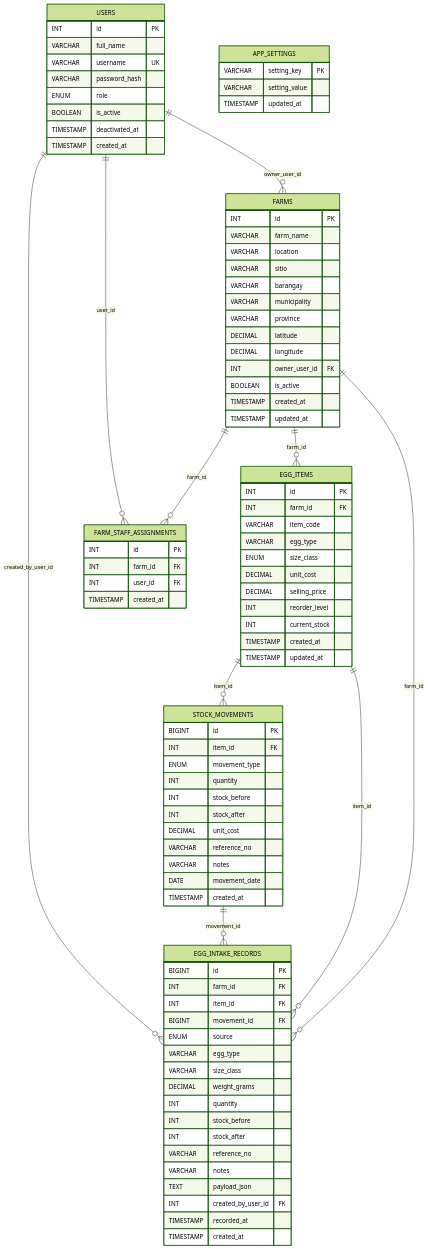
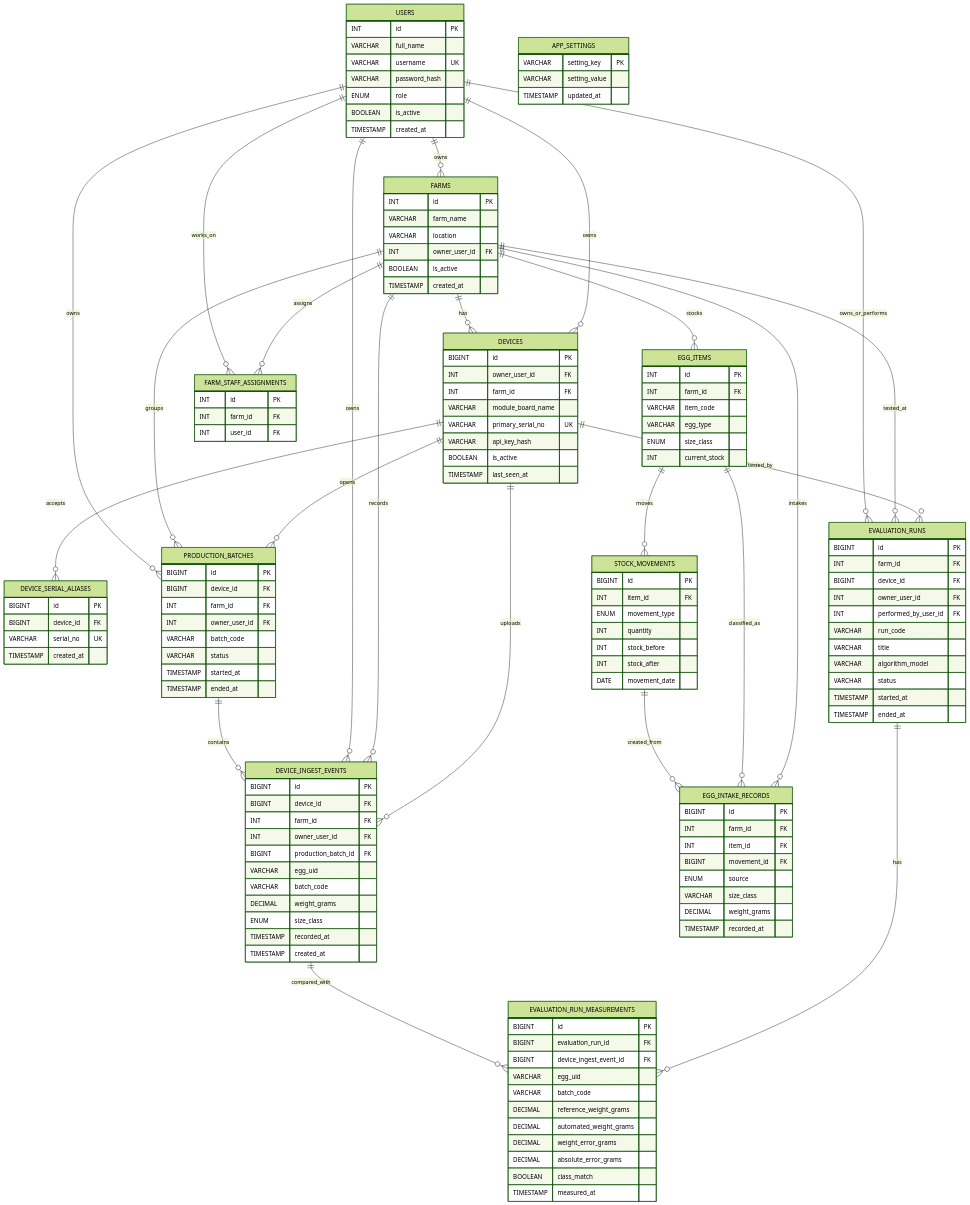
Before and after one commit to BBQ25/egg1.3: the diagram in docs/database/egg_monitoring_erd.md, drawn with Mermaid (forest theme). The commit also changed other lines of this file and 30 other files, not shown here.

````diff
--- a/docs/database/egg_monitoring_erd.md
+++ b/docs/database/egg_monitoring_erd.md
@@ -11,7 +11,6 @@
         VARCHAR password_hash
         ENUM role
         BOOLEAN is_active
-        TIMESTAMP deactivated_at
         TIMESTAMP created_at
     }
 
@@ -19,16 +18,80 @@
         INT id PK
         VARCHAR farm_name
         VARCHAR location
-        VARCHAR sitio
-        VARCHAR barangay
-        VARCHAR municipality
-        VARCHAR province
-        DECIMAL latitude
-        DECIMAL longitude
         INT owner_user_id FK
         BOOLEAN is_active
         TIMESTAMP created_at
-        TIMESTAMP updated_at
+    }
+
+    DEVICES {
+        BIGINT id PK
+        INT owner_user_id FK
+        INT farm_id FK
+        VARCHAR module_board_name
+        VARCHAR primary_serial_no UK
+        VARCHAR api_key_hash
+        BOOLEAN is_active
+        TIMESTAMP last_seen_at
+    }
+
+    DEVICE_SERIAL_ALIASES {
+        BIGINT id PK
+        BIGINT device_id FK
+        VARCHAR serial_no UK
+        TIMESTAMP created_at
+    }
+
+    DEVICE_INGEST_EVENTS {
+        BIGINT id PK
+        BIGINT device_id FK
+        INT farm_id FK
+        INT owner_user_id FK
+        BIGINT production_batch_id FK
+        VARCHAR egg_uid
+        VARCHAR batch_code
+        DECIMAL weight_grams
+        ENUM size_class
+        TIMESTAMP recorded_at
+        TIMESTAMP created_at
+    }
+
+    PRODUCTION_BATCHES {
+        BIGINT id PK
+        BIGINT device_id FK
+        INT farm_id FK
+        INT owner_user_id FK
+        VARCHAR batch_code
+        VARCHAR status
+        TIMESTAMP started_at
+        TIMESTAMP ended_at
+    }
+
+    EVALUATION_RUNS {
+        BIGINT id PK
+        INT farm_id FK
+        BIGINT device_id FK
+        INT owner_user_id FK
+        INT performed_by_user_id FK
+        VARCHAR run_code
+        VARCHAR title
+        VARCHAR algorithm_model
+        VARCHAR status
+        TIMESTAMP started_at
+        TIMESTAMP ended_at
+    }
+
+    EVALUATION_RUN_MEASUREMENTS {
+        BIGINT id PK
+        BIGINT evaluation_run_id FK
+        BIGINT device_ingest_event_id FK
+        VARCHAR egg_uid
+        VARCHAR batch_code
+        DECIMAL reference_weight_grams
+        DECIMAL automated_weight_grams
+        DECIMAL weight_error_grams
+        DECIMAL absolute_error_grams
+        BOOLEAN class_match
+        TIMESTAMP measured_at
     }
 
     EGG_ITEMS {
@@ -37,12 +100,7 @@
         VARCHAR item_code
         VARCHAR egg_type
         ENUM size_class
-        DECIMAL unit_cost
-        DECIMAL selling_price
-        INT reorder_level
         INT current_stock
-        TIMESTAMP created_at
-        TIMESTAMP updated_at
     }
 
     STOCK_MOVEMENTS {
@@ -52,11 +110,7 @@
         INT quantity
         INT stock_before
         INT stock_after
-        DECIMAL unit_cost
-        VARCHAR reference_no
-        VARCHAR notes
         DATE movement_date
-        TIMESTAMP created_at
     }
 
     EGG_INTAKE_RECORDS {
@@ -65,25 +119,15 @@
         INT item_id FK
         BIGINT movement_id FK
         ENUM source
-        VARCHAR egg_type
         VARCHAR size_class
         DECIMAL weight_grams
-        INT quantity
-        INT stock_before
-        INT stock_after
-        VARCHAR reference_no
-        VARCHAR notes
-        TEXT payload_json
-        INT created_by_user_id FK
         TIMESTAMP recorded_at
-        TIMESTAMP created_at
     }
 
     FARM_STAFF_ASSIGNMENTS {
         INT id PK
         INT farm_id FK
         INT user_id FK
-        TIMESTAMP created_at
     }
 
     APP_SETTINGS {
@@ -92,13 +136,27 @@
         TIMESTAMP updated_at
     }
 
-    USERS ||--o{ FARMS : "owner_user_id"
-    FARMS ||--o{ EGG_ITEMS : "farm_id"
-    EGG_ITEMS ||--o{ STOCK_MOVEMENTS : "item_id"
-    FARMS ||--o{ EGG_INTAKE_RECORDS : "farm_id"
-    EGG_ITEMS ||--o{ EGG_INTAKE_RECORDS : "item_id"
-    STOCK_MOVEMENTS ||--o{ EGG_INTAKE_RECORDS : "movement_id"
-    USERS ||--o{ EGG_INTAKE_RECORDS : "created_by_user_id"
-    FARMS ||--o{ FARM_STAFF_ASSIGNMENTS : "farm_id"
-    USERS ||--o{ FARM_STAFF_ASSIGNMENTS : "user_id"
+    USERS ||--o{ FARMS : "owns"
+    USERS ||--o{ DEVICES : "owns"
+    FARMS ||--o{ DEVICES : "has"
+    DEVICES ||--o{ DEVICE_SERIAL_ALIASES : "accepts"
+    DEVICES ||--o{ DEVICE_INGEST_EVENTS : "uploads"
+    FARMS ||--o{ DEVICE_INGEST_EVENTS : "records"
+    USERS ||--o{ DEVICE_INGEST_EVENTS : "owns"
+    DEVICES ||--o{ PRODUCTION_BATCHES : "opens"
+    FARMS ||--o{ PRODUCTION_BATCHES : "groups"
+    USERS ||--o{ PRODUCTION_BATCHES : "owns"
+    PRODUCTION_BATCHES ||--o{ DEVICE_INGEST_EVENTS : "contains"
+    DEVICES ||--o{ EVALUATION_RUNS : "tested_by"
+    FARMS ||--o{ EVALUATION_RUNS : "tested_at"
+    USERS ||--o{ EVALUATION_RUNS : "owns_or_performs"
+    EVALUATION_RUNS ||--o{ EVALUATION_RUN_MEASUREMENTS : "has"
+    DEVICE_INGEST_EVENTS ||--o{ EVALUATION_RUN_MEASUREMENTS : "compared_with"
+    FARMS ||--o{ EGG_ITEMS : "stocks"
+    EGG_ITEMS ||--o{ STOCK_MOVEMENTS : "moves"
+    FARMS ||--o{ EGG_INTAKE_RECORDS : "intakes"
+    EGG_ITEMS ||--o{ EGG_INTAKE_RECORDS : "classified_as"
+    STOCK_MOVEMENTS ||--o{ EGG_INTAKE_RECORDS : "created_from"
+    FARMS ||--o{ FARM_STAFF_ASSIGNMENTS : "assigns"
+    USERS ||--o{ FARM_STAFF_ASSIGNMENTS : "works_on"
 ```
````
